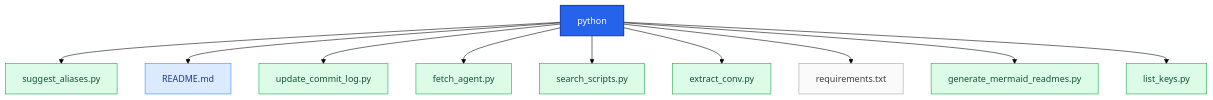
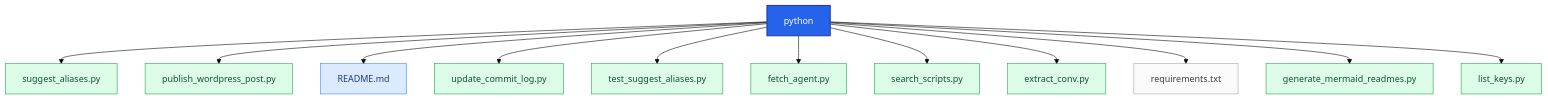
One commit to Richie086/scripts-public changed the diagram in python/README.md. Above: the diagram before and after it, drawn with Mermaid (forest theme). The commit also changed 13 other files, not shown here.

````diff
--- a/python/README.md
+++ b/python/README.md
@@ -11,17 +11,19 @@
 ```mermaid
 graph TD
 	root["python"]:::root --> n1["suggest_aliases.py"]:::file-py
-	root["python"]:::root --> n2["README.md"]:::file-md
-	root["python"]:::root --> n3["update_commit_log.py"]:::file-py
-	root["python"]:::root --> n4["fetch_agent.py"]:::file-py
-	root["python"]:::root --> n5["search_scripts.py"]:::file-py
-	root["python"]:::root --> n6["extract_conv.py"]:::file-py
-	root["python"]:::root --> n7["requirements.txt"]:::file-text
-	root["python"]:::root --> n8["generate_mermaid_readmes.py"]:::file-py
-	root["python"]:::root --> n9["list_keys.py"]:::file-py
+	root["python"]:::root --> n2["publish_wordpress_post.py"]:::file-py
+	root["python"]:::root --> n3["README.md"]:::file-md
+	root["python"]:::root --> n4["update_commit_log.py"]:::file-py
+	root["python"]:::root --> n5["test_suggest_aliases.py"]:::file-py
+	root["python"]:::root --> n6["fetch_agent.py"]:::file-py
+	root["python"]:::root --> n7["search_scripts.py"]:::file-py
+	root["python"]:::root --> n8["extract_conv.py"]:::file-py
+	root["python"]:::root --> n9["requirements.txt"]:::file-text
+	root["python"]:::root --> n10["generate_mermaid_readmes.py"]:::file-py
+	root["python"]:::root --> n11["list_keys.py"]:::file-py
 classDef root fill:#2563eb,stroke:#1e40af,stroke-width:2px,color:#ffffff;
 classDef folder fill:#fbbf24,stroke:#d97706,stroke-width:1px,color:#451a03;
 classDef file-md fill:#dbeafe,stroke:#3b82f6,stroke-width:1px,color:#1e3a8a;
 classDef file-py fill:#dcfce7,stroke:#16a34a,stroke-width:1px,color:#14532d;
 classDef file-text fill:#fafafa,stroke:#a3a3a3,stroke-width:1px,color:#404040;
 ```
````
